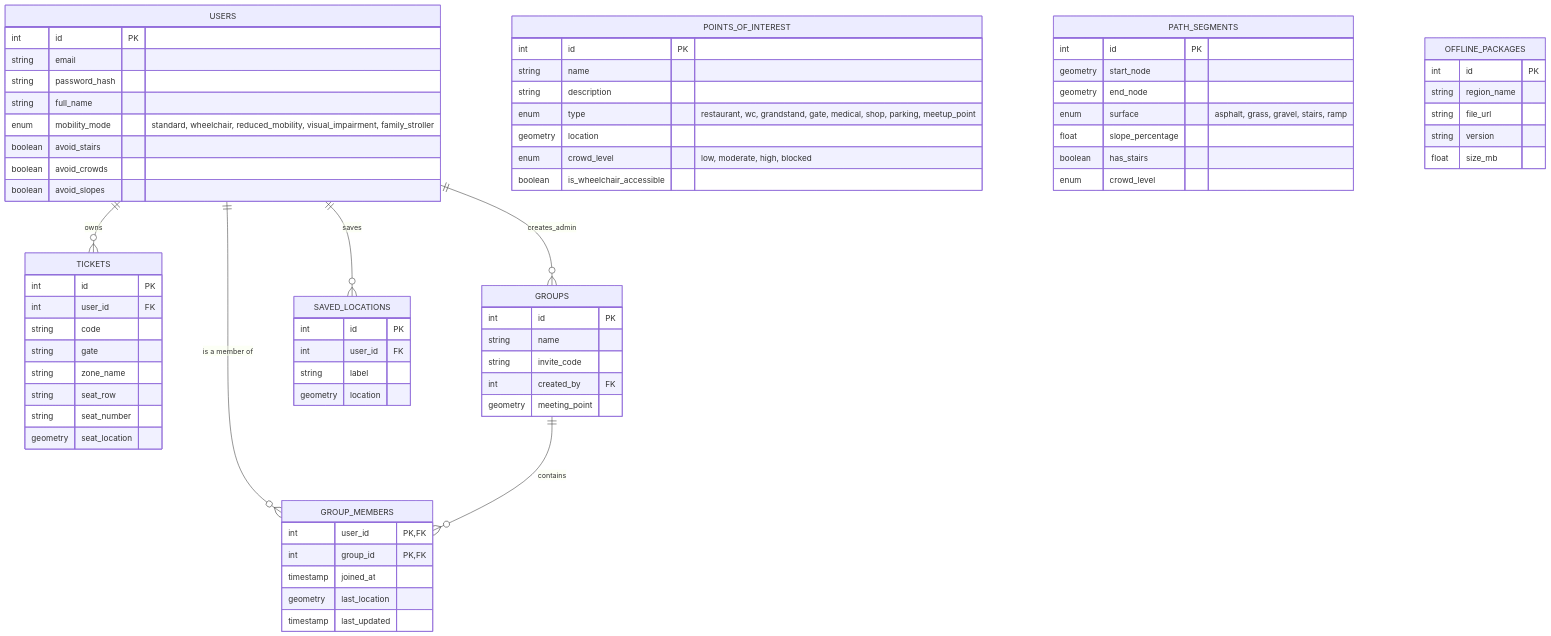
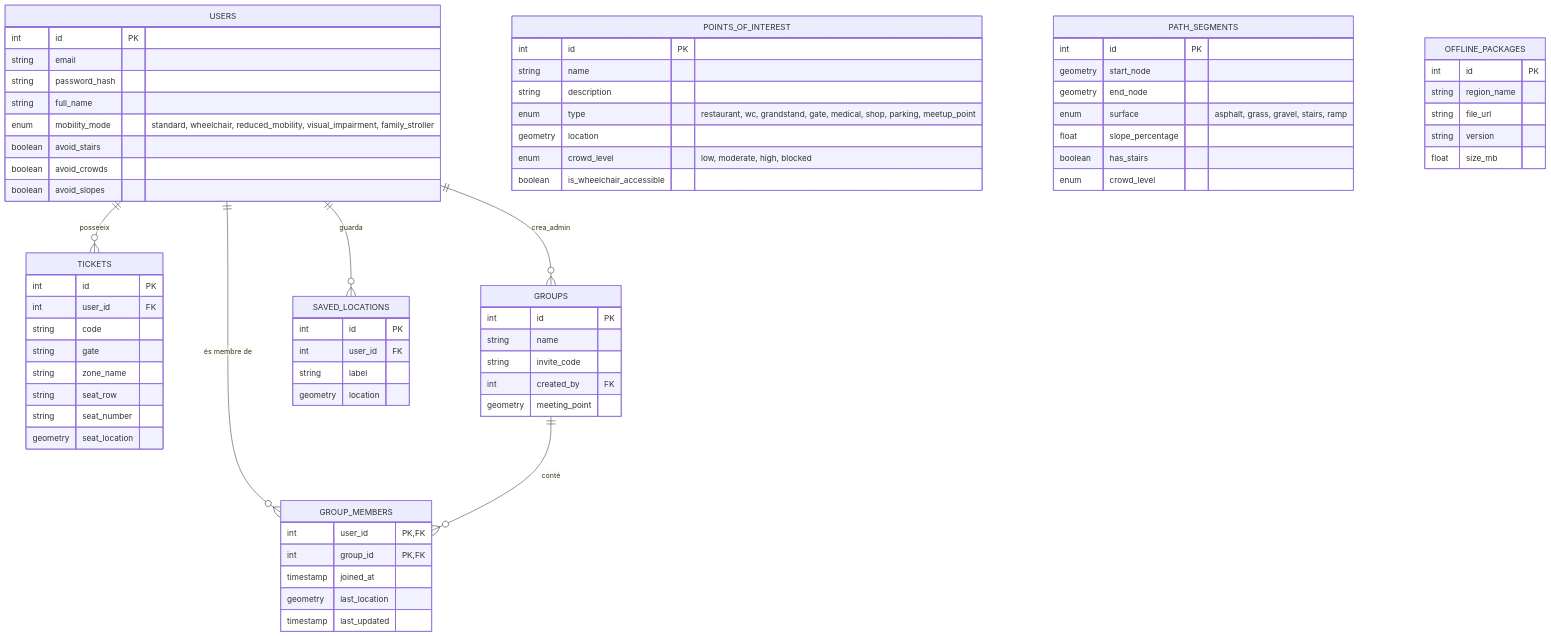
One commit to cdc-grup/app_lattice_project changed the diagram in .context/02-api/database-schema.md. Above: the diagram before and after it, drawn with Mermaid. The commit also changed other lines of this file and 14 other files, not shown here.

Commit message:
docs: Translate core project documentation to Catalan and enhance Docker architecture with recommended microservices.

````diff
--- a/.context/02-api/database-schema.md
+++ b/.context/02-api/database-schema.md
@@ -9,13 +9,13 @@
 ```mermaid
 erDiagram
-    %% RELATIONSHIPS
-    USERS ||--o{ TICKETS : owns
-    USERS ||--o{ GROUPS : creates_admin
-    USERS ||--o{ GROUP_MEMBERS : "is a member of"
-    GROUPS ||--o{ GROUP_MEMBERS : contains
-    USERS ||--o{ SAVED_LOCATIONS : saves
+    %% RELACIONS
+    USERS ||--o{ TICKETS : posseeix
+    USERS ||--o{ GROUPS : crea_admin
+    USERS ||--o{ GROUP_MEMBERS : "és membre de"
+    GROUPS ||--o{ GROUP_MEMBERS : conté
+    USERS ||--o{ SAVED_LOCATIONS : guarda
 
-    %% ENTITIES
+    %% ENTITATS
     USERS {
         int id PK
         string email
````
